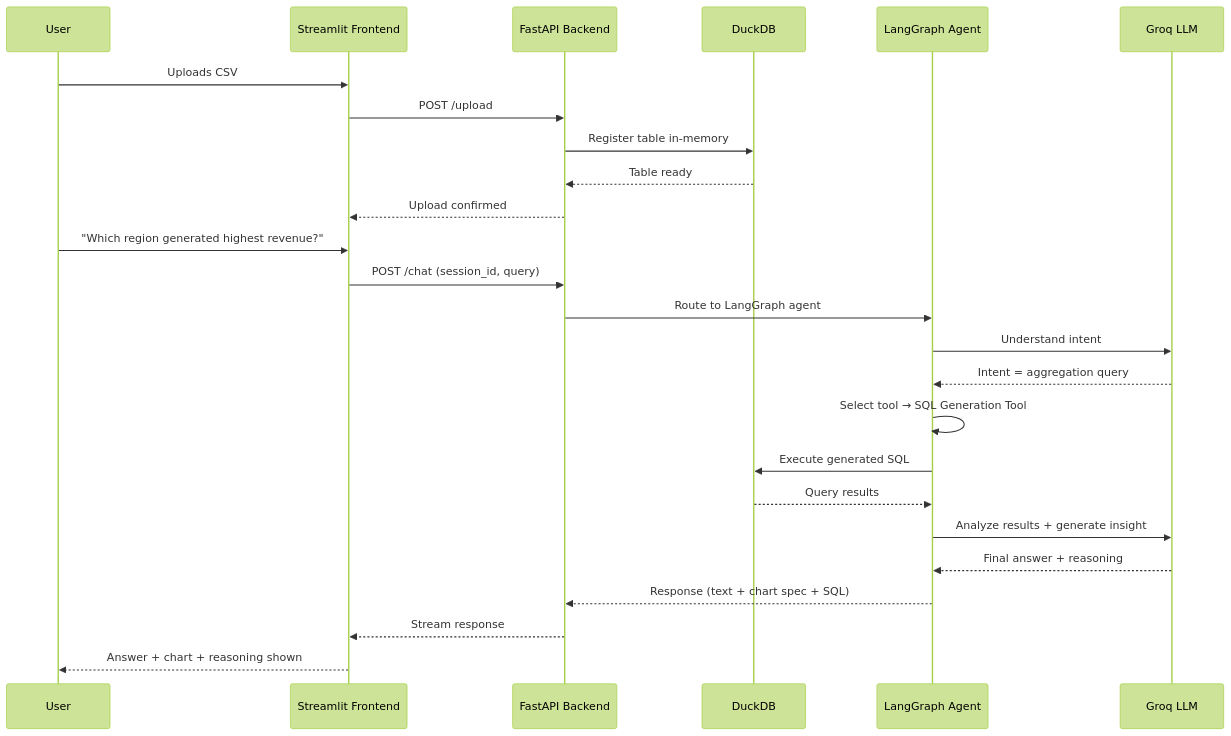
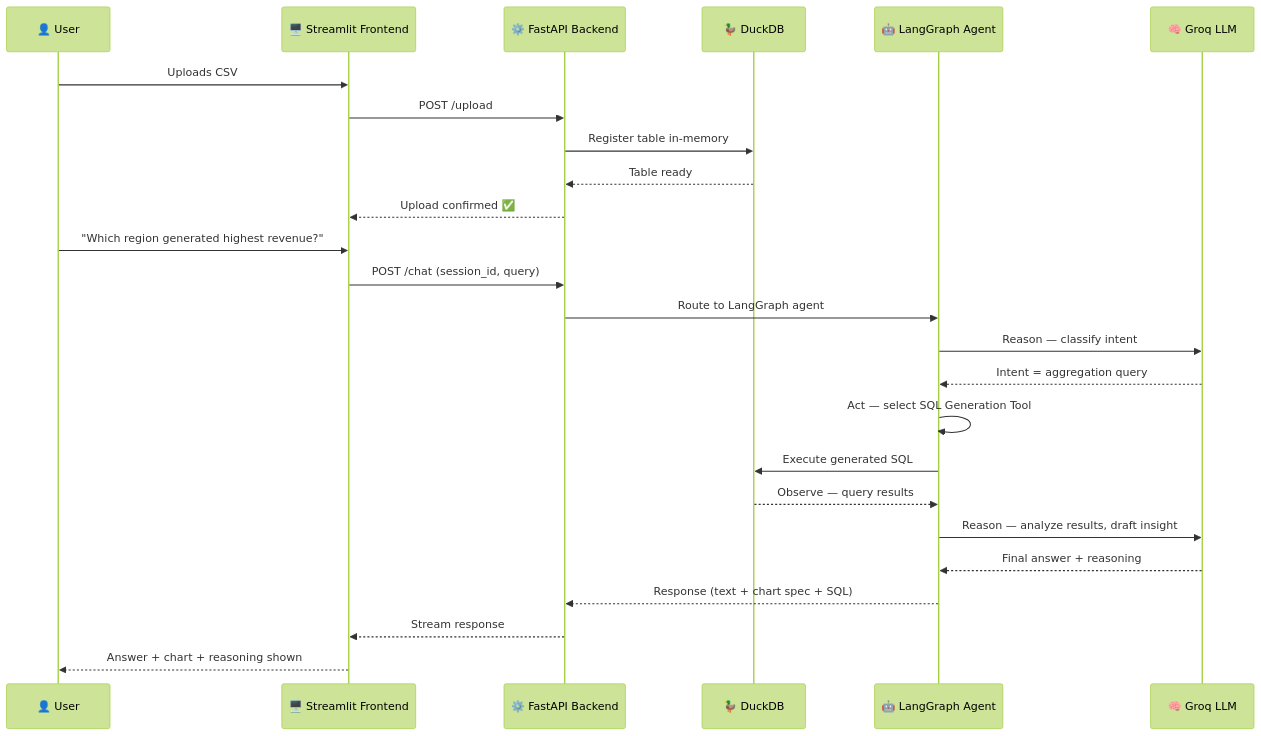
One commit to Harsh28-raj/agentic-ai-data-analyst changed the second of 2 diagrams in README.md. Above: the diagram before and after it, drawn with Mermaid (forest theme). The commit also changed other lines of this file, not shown here.

````diff
--- a/README.md
+++ b/README.md
@@ -208,29 +311,29 @@
 ```mermaid
 sequenceDiagram
-    participant U as User
-    participant F as Streamlit Frontend
-    participant B as FastAPI Backend
-    participant D as DuckDB
-    participant AG as LangGraph Agent
-    participant L as Groq LLM
+    participant U as 👤 User
+    participant F as 🖥️ Streamlit Frontend
+    participant B as ⚙️ FastAPI Backend
+    participant D as 🦆 DuckDB
+    participant AG as 🤖 LangGraph Agent
+    participant L as 🧠 Groq LLM
 
     U->>F: Uploads CSV
     F->>B: POST /upload
     B->>D: Register table in-memory
     D-->>B: Table ready
-    B-->>F: Upload confirmed
+    B-->>F: Upload confirmed ✅
 
     U->>F: "Which region generated highest revenue?"
     F->>B: POST /chat (session_id, query)
     B->>AG: Route to LangGraph agent
-    AG->>L: Understand intent
+    AG->>L: Reason — classify intent
     L-->>AG: Intent = aggregation query
-    AG->>AG: Select tool → SQL Generation Tool
+    AG->>AG: Act — select SQL Generation Tool
     AG->>D: Execute generated SQL
-    D-->>AG: Query results
-    AG->>L: Analyze results + generate insight
+    D-->>AG: Observe — query results
+    AG->>L: Reason — analyze results, draft insight
     L-->>AG: Final answer + reasoning
     AG-->>B: Response (text + chart spec + SQL)
     B-->>F: Stream response
     F-->>U: Answer + chart + reasoning shown
 ```
````
